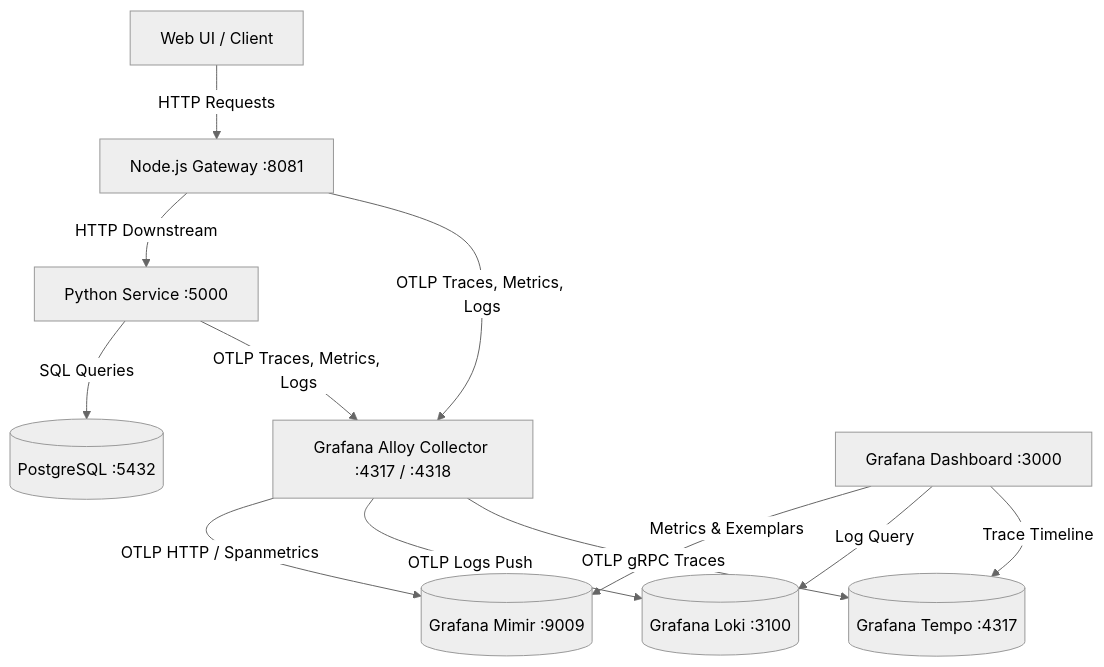
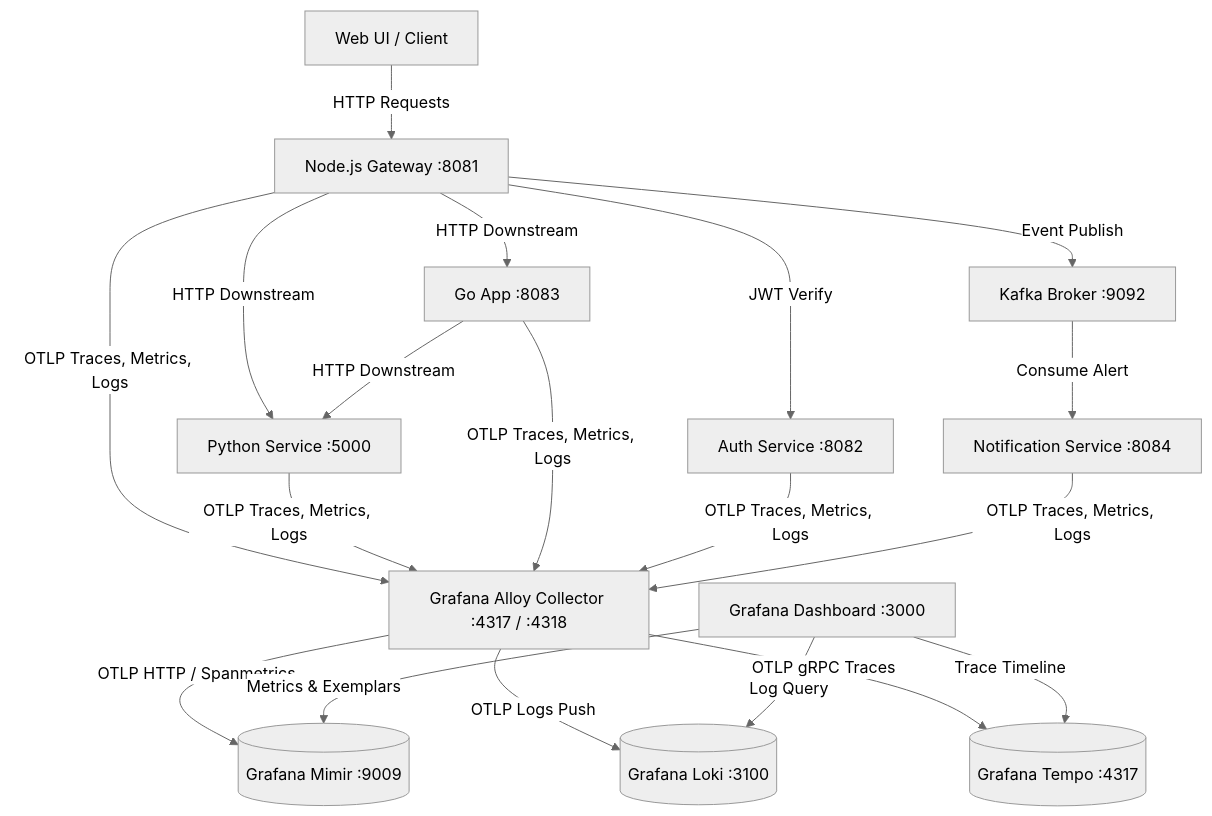
The diagram in README.md (bh-gaur/LGTM), drawn with Mermaid (neutral theme) before and after one commit. The commit also changed other lines of this file and 76 other files, not shown here.

Commit message:
add more microservices and update flow and restructure directories

````diff
--- a/README.md
+++ b/README.md
@@ -37,17 +56,24 @@
 ```mermaid
 graph TD
     UI[Web UI / Client] -->|HTTP Requests| Node[Node.js Gateway :8081]
     Node -->|HTTP Downstream| Py[Python Service :5000]
-    Py -->|SQL Queries| DB[(PostgreSQL :5432)]
-
+    Node -->|HTTP Downstream| Go[Go App :8083]
+    Node -->|JWT Verify| Auth[Auth Service :8082]
+    Go -->|HTTP Downstream| Py
+    Node -->|Event Publish| Kafka[Kafka Broker :9092]
+    Kafka -->|Consume Alert| Notif[Notification Service :8084]
+    
     Node -->|OTLP Traces, Metrics, Logs| Alloy[Grafana Alloy Collector :4317 / :4318]
     Py -->|OTLP Traces, Metrics, Logs| Alloy
-
+    Go -->|OTLP Traces, Metrics, Logs| Alloy
+    Auth -->|OTLP Traces, Metrics, Logs| Alloy
+    Notif -->|OTLP Traces, Metrics, Logs| Alloy
+    
     Alloy -->|OTLP HTTP / Spanmetrics| Mimir[(Grafana Mimir :9009)]
     Alloy -->|OTLP Logs Push| Loki[(Grafana Loki :3100)]
     Alloy -->|OTLP gRPC Traces| Tempo[(Grafana Tempo :4317)]
-
+    
     Grafana[Grafana Dashboard :3000] -->|Metrics & Exemplars| Mimir
     Grafana -->|Log Query| Loki
     Grafana -->|Trace Timeline| Tempo
 ```
````
